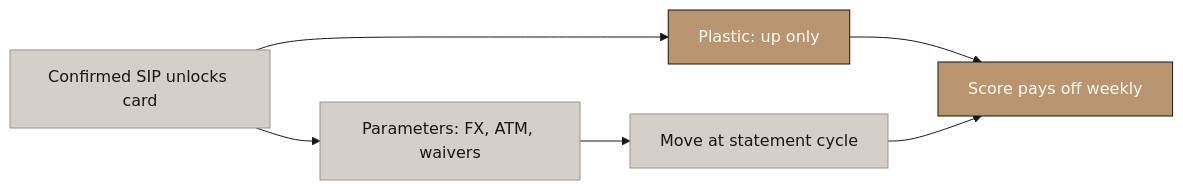
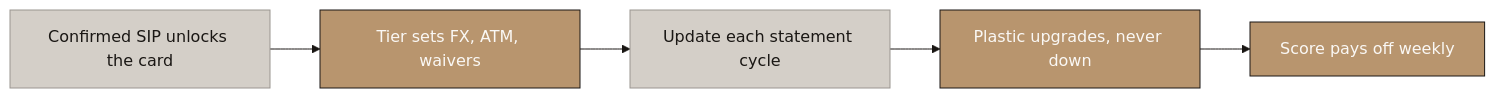
The fifth of 7 diagrams in deliverables/2-mechanism-design/Aurumix_Process_Maps_ICS_Benefits.md (Abdsys/Aurumix), drawn with Mermaid before and after one commit. The commit also changed other lines of this file, not shown here.

````diff
--- a/deliverables/2-mechanism-design/Aurumix_Process_Maps_ICS_Benefits.md
+++ b/deliverables/2-mechanism-design/Aurumix_Process_Maps_ICS_Benefits.md
@@ -198,26 +200,25 @@
 ```mermaid
 %%{init: {'theme': 'base', 'themeVariables': {
     'primaryColor': '#B8956E',
     'primaryTextColor': '#1A1714',
     'primaryBorderColor': '#1A1714',
     'lineColor': '#1A1714',
     'secondaryColor': '#FAF8F5',
     'tertiaryColor': '#D4CFC8',
     'fontFamily': 'Libre Franklin, sans-serif',
     'edgeLabelBackground': '#D4CFC8',
     'clusterBkg': '#FAF8F5',
     'clusterBorder': '#B8956E'
 }}}%%
 graph LR
-    A["Confirmed SIP unlocks card"] --> B["Plastic: up only"]
-    A --> C["Parameters: FX, ATM, waivers"]
-    C --> D["Move at statement cycle"]
-    B --> E["Score pays off weekly"]
-    D --> E
+    A["Confirmed SIP unlocks the card"] --> B["Tier sets FX, ATM, waivers"]
+    B --> C["Update each statement cycle"]
+    C --> D["Plastic upgrades, never down"]
+    D --> E["Score pays off weekly"]
 
     style A fill:#D4CFC8,stroke:#9A9590,color:#1A1714
     style B fill:#B8956E,stroke:#1A1714,color:#FAF8F5
     style C fill:#D4CFC8,stroke:#9A9590,color:#1A1714
-    style D fill:#D4CFC8,stroke:#9A9590,color:#1A1714
+    style D fill:#B8956E,stroke:#1A1714,color:#FAF8F5
     style E fill:#B8956E,stroke:#1A1714,color:#FAF8F5
 ```
````
